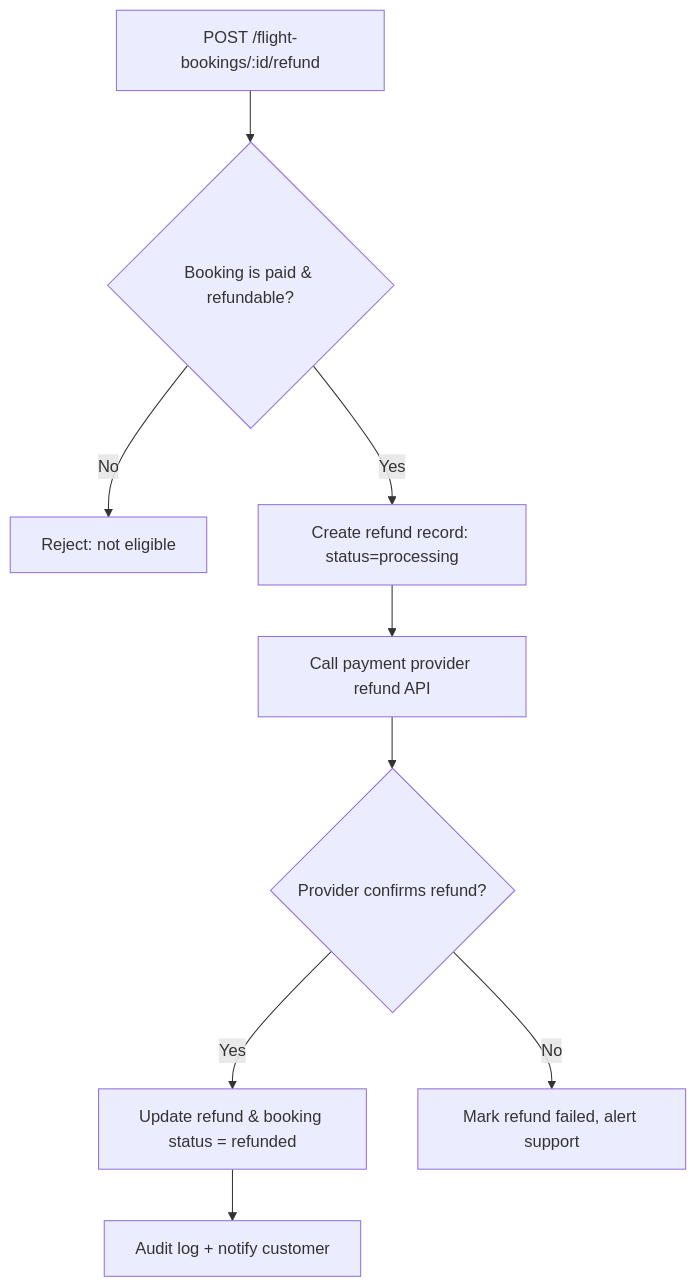
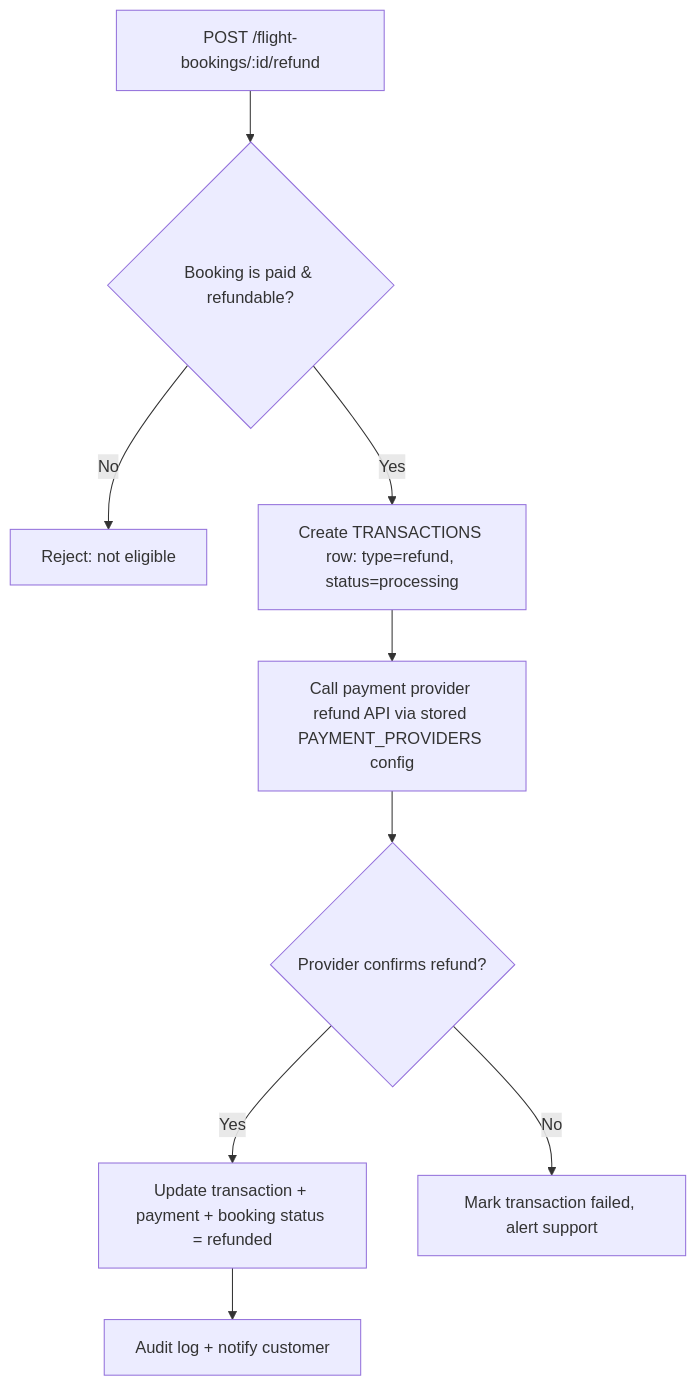
One commit to SaraMagdyAbdelhamed/booking_project_nodejs changed the sixth of 12 diagrams in README.md. Above: the diagram before and after it, drawn with Mermaid. The commit also changed other lines of this file, not shown here.

Commit message:
Enhance README with detailed explanations of flight and hotel booking structures, payment processing, and transaction management

````diff
--- a/README.md
+++ b/README.md
@@ -729,11 +831,11 @@
 ```mermaid
 flowchart TD
     A[POST /flight-bookings/:id/refund] --> B{Booking is paid & refundable?}
     B -->|No| C[Reject: not eligible]
-    B -->|Yes| D[Create refund record: status=processing]
-    D --> E[Call payment provider refund API]
+    B -->|Yes| D[Create TRANSACTIONS row: type=refund, status=processing]
+    D --> E[Call payment provider refund API via stored PAYMENT_PROVIDERS config]
     E --> F{Provider confirms refund?}
-    F -->|Yes| G[Update refund & booking status = refunded]
-    F -->|No| H[Mark refund failed, alert support]
+    F -->|Yes| G[Update transaction + payment + booking status = refunded]
+    F -->|No| H[Mark transaction failed, alert support]
     G --> I[Audit log + notify customer]
 ```
````
